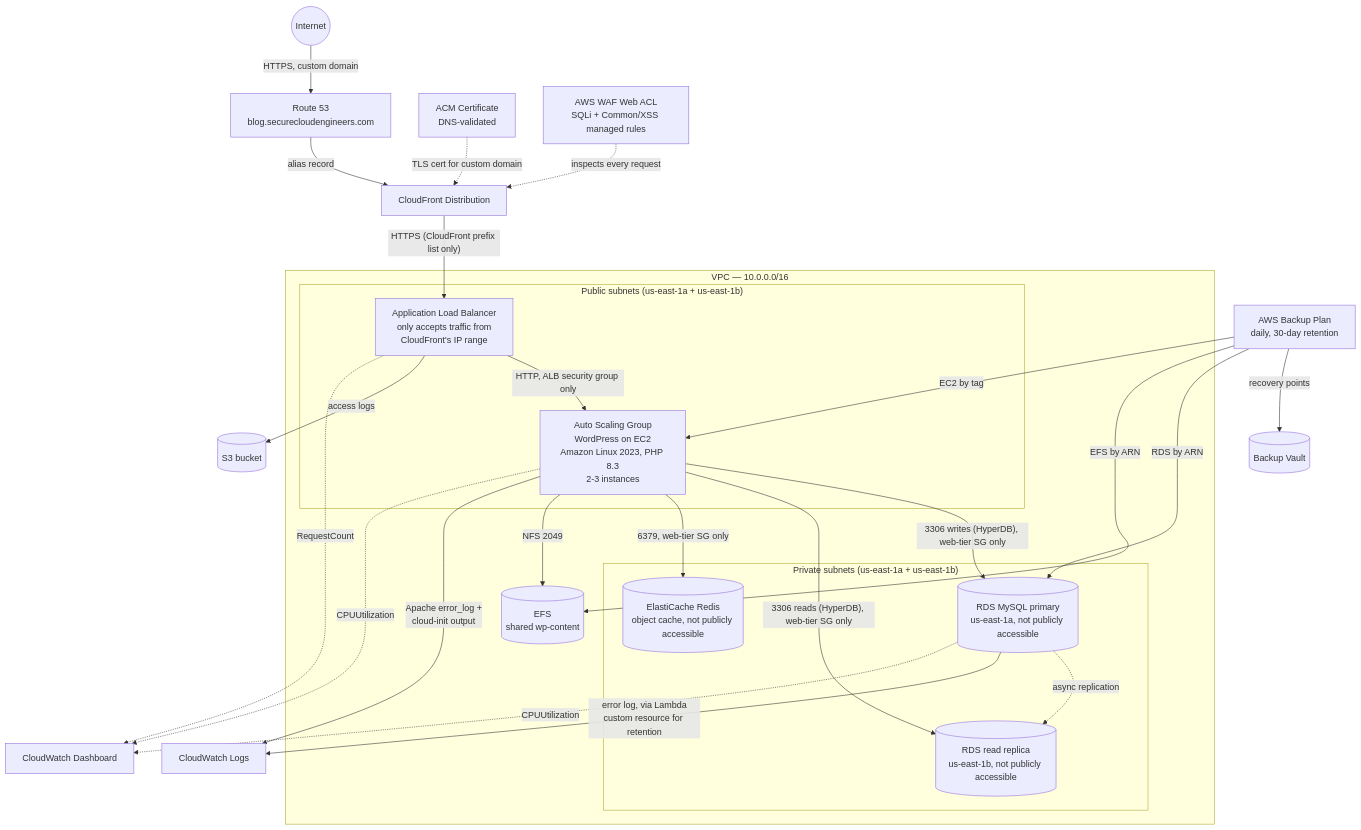
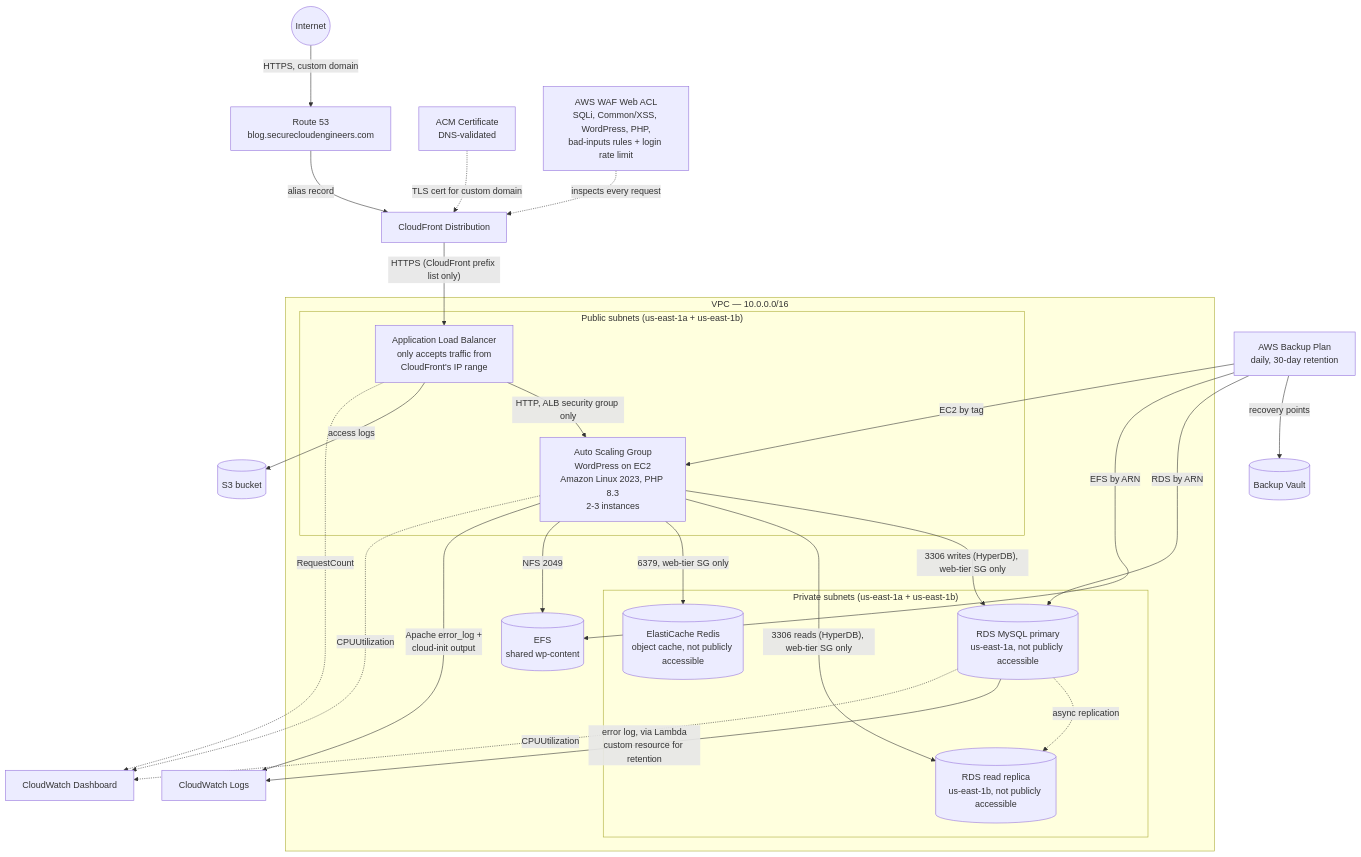
One commit to bdahiya2007/three-tier-web-app-aws changed the first of 2 diagrams in README.md. Above: the diagram before and after it, drawn with Mermaid. The commit also changed other lines of this file and 2 other files, not shown here.

First line of the commit message:
WAF rate limiting, rule groups, logging; tighter XSS exemption; RDS deletion protection

````diff
--- a/README.md
+++ b/README.md
@@ -36,48 +36,48 @@
 ```mermaid
 flowchart TB
     Internet((Internet))
     R53[Route 53<br/>blog.securecloudengineers.com]
     ACM[ACM Certificate<br/>DNS-validated]
-    WAF[AWS WAF Web ACL<br/>SQLi + Common/XSS managed rules]
+    WAF[AWS WAF Web ACL<br/>SQLi, Common/XSS, WordPress, PHP,<br/>bad-inputs rules + login rate limit]
     CF[CloudFront Distribution]
 
     subgraph VPC["VPC — 10.0.0.0/16"]
         subgraph Public["Public subnets (us-east-1a + us-east-1b)"]
             ALB["Application Load Balancer<br/>only accepts traffic from<br/>CloudFront's IP range"]
             ASG["Auto Scaling Group<br/>WordPress on EC2<br/>Amazon Linux 2023, PHP 8.3<br/>2-3 instances"]
         end
         subgraph Private["Private subnets (us-east-1a + us-east-1b)"]
             RDS[("RDS MySQL primary<br/>us-east-1a, not publicly accessible")]
             Replica[("RDS read replica<br/>us-east-1b, not publicly accessible")]
             Redis[("ElastiCache Redis<br/>object cache, not publicly accessible")]
         end
         EFS[("EFS<br/>shared wp-content")]
     end
 
     Internet -->|HTTPS, custom domain| R53
     R53 -->|alias record| CF
     ACM -.->|TLS cert for custom domain| CF
     WAF -.->|inspects every request| CF
     CF -->|"HTTPS (CloudFront prefix list only)"| ALB
     ALB -->|HTTP, ALB security group only| ASG
     ASG -->|"3306 writes (HyperDB), web-tier SG only"| RDS
     ASG -->|"3306 reads (HyperDB), web-tier SG only"| Replica
     RDS -.->|async replication| Replica
     ASG -->|"6379, web-tier SG only"| Redis
     ASG -->|NFS 2049| EFS
 
     ALB -->|access logs| S3[(S3 bucket)]
     ASG -->|Apache error_log +<br/>cloud-init output| CWLogs[CloudWatch Logs]
     RDS -->|error log, via Lambda<br/>custom resource for retention| CWLogs
     CWDash[CloudWatch Dashboard]
     ASG -.->|CPUUtilization| CWDash
     RDS -.->|CPUUtilization| CWDash
 
     Backup["AWS Backup Plan<br/>daily, 30-day retention"]
     Vault[("Backup Vault")]
     Backup -->|RDS by ARN| RDS
     Backup -->|EFS by ARN| EFS
     Backup -->|EC2 by tag| ASG
     Backup -->|recovery points| Vault
     ALB -.->|RequestCount| CWDash
 ```
````
